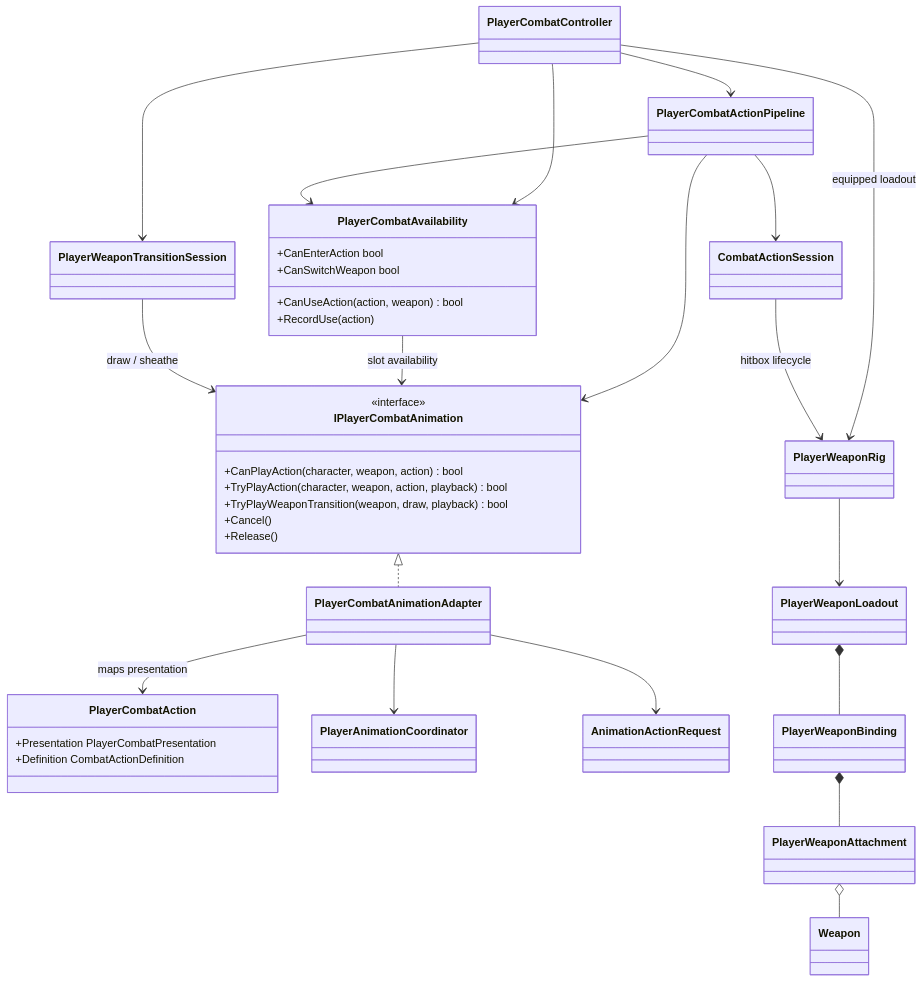
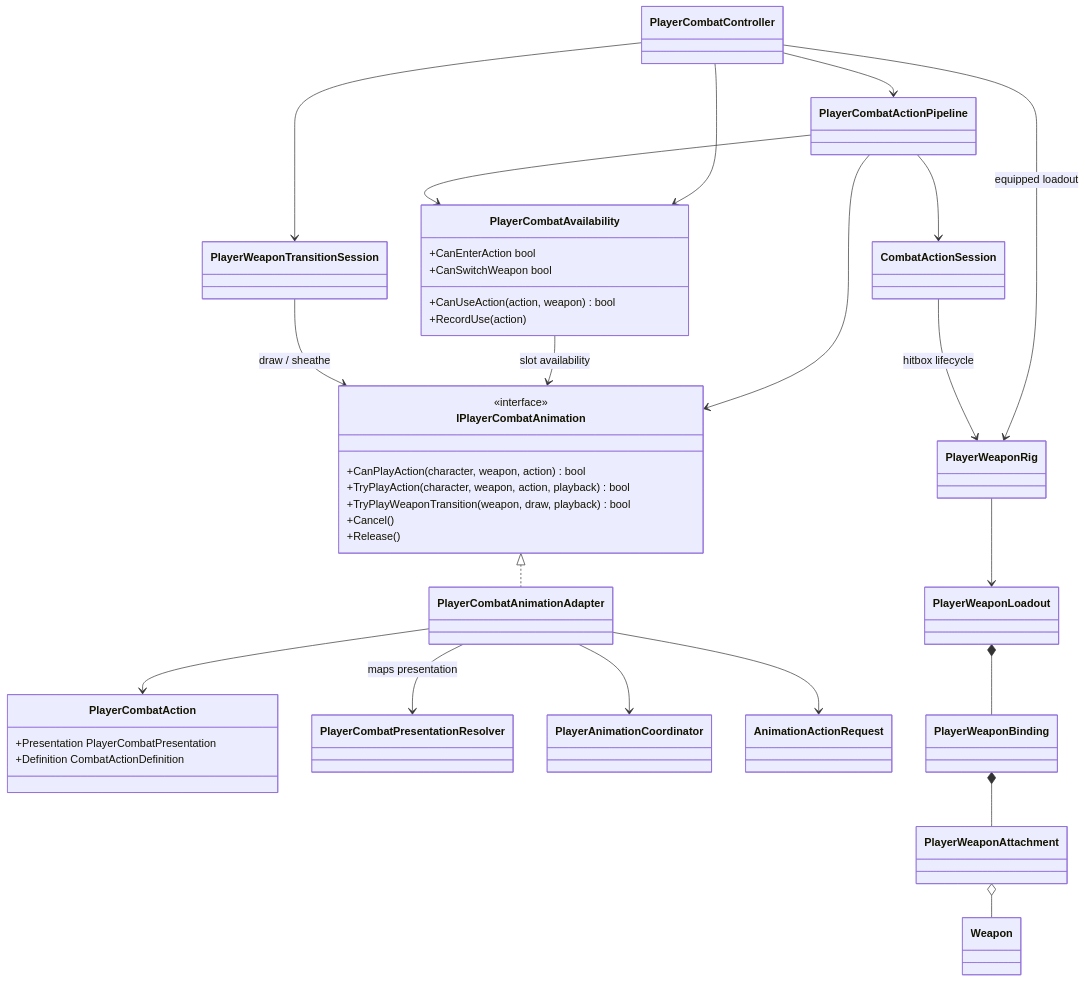
The diagram in Assets/_App/Core/Runtime/Combat/Player/README.md (MaximFonariuc/project-s), drawn with Mermaid before and after one commit. The commit also changed other lines of this file and 7 other files, not shown here.

Commit message:
refactor(animation): centralize combat presentation mapping

````diff
--- a/Assets/_App/Core/Runtime/Combat/Player/README.md
+++ b/Assets/_App/Core/Runtime/Combat/Player/README.md
@@ -7,52 +7,54 @@
 ```mermaid
 classDiagram
     class PlayerCombatController
     class PlayerCombatActionPipeline
     class CombatActionSession
     class PlayerWeaponTransitionSession
     class PlayerCombatAvailability {
         +CanEnterAction bool
         +CanSwitchWeapon bool
         +CanUseAction(action, weapon) bool
         +RecordUse(action)
     }
     class IPlayerCombatAnimation {
         <<interface>>
         +CanPlayAction(character, weapon, action) bool
         +TryPlayAction(character, weapon, action, playback) bool
         +TryPlayWeaponTransition(weapon, draw, playback) bool
         +Cancel()
         +Release()
     }
     class PlayerCombatAction {
         +Presentation PlayerCombatPresentation
         +Definition CombatActionDefinition
     }
     class PlayerCombatAnimationAdapter
+    class PlayerCombatPresentationResolver
     class PlayerAnimationCoordinator
     class AnimationActionRequest
     class PlayerWeaponRig
     class PlayerWeaponLoadout
     class PlayerWeaponBinding
     class PlayerWeaponAttachment
     class Weapon
 
     PlayerCombatController --> PlayerCombatActionPipeline
     PlayerCombatActionPipeline --> IPlayerCombatAnimation
     PlayerCombatActionPipeline --> CombatActionSession
     PlayerCombatController --> PlayerWeaponTransitionSession
     PlayerCombatController --> PlayerCombatAvailability
     IPlayerCombatAnimation <|.. PlayerCombatAnimationAdapter
-    PlayerCombatAnimationAdapter --> PlayerCombatAction : maps presentation
+    PlayerCombatAnimationAdapter --> PlayerCombatAction
+    PlayerCombatAnimationAdapter --> PlayerCombatPresentationResolver : maps presentation
     PlayerCombatAvailability --> IPlayerCombatAnimation : slot availability
     PlayerWeaponTransitionSession --> IPlayerCombatAnimation : draw / sheathe
     PlayerCombatAnimationAdapter --> PlayerAnimationCoordinator
     PlayerCombatAnimationAdapter --> AnimationActionRequest
     PlayerCombatActionPipeline --> PlayerCombatAvailability
     PlayerCombatController --> PlayerWeaponRig : equipped loadout
     CombatActionSession --> PlayerWeaponRig : hitbox lifecycle
     PlayerWeaponRig --> PlayerWeaponLoadout
     PlayerWeaponLoadout *-- PlayerWeaponBinding
     PlayerWeaponBinding *-- PlayerWeaponAttachment
     PlayerWeaponAttachment o-- Weapon
 ```
````
